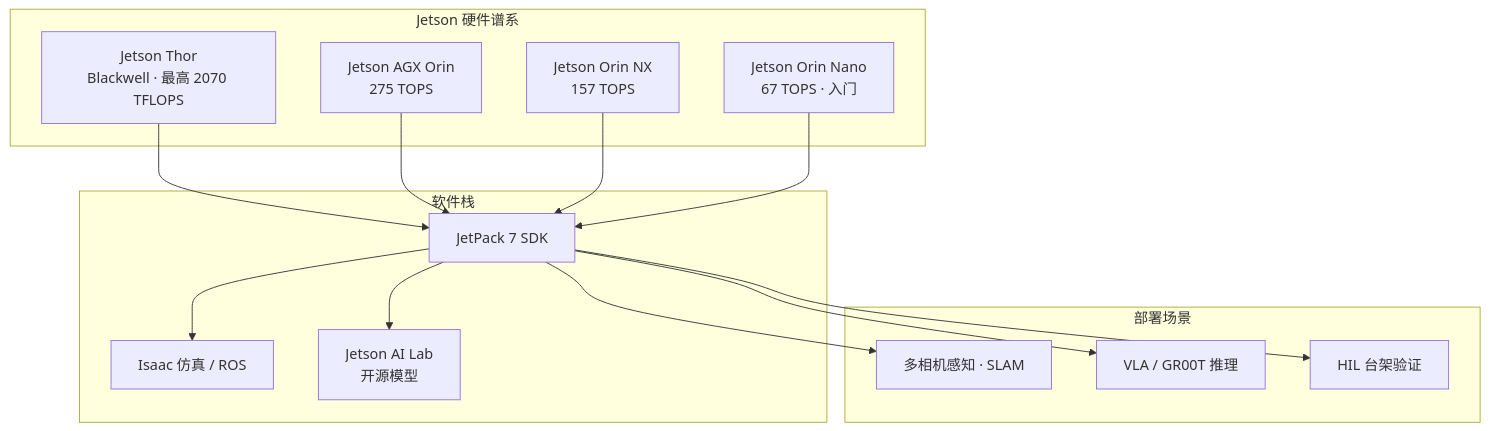
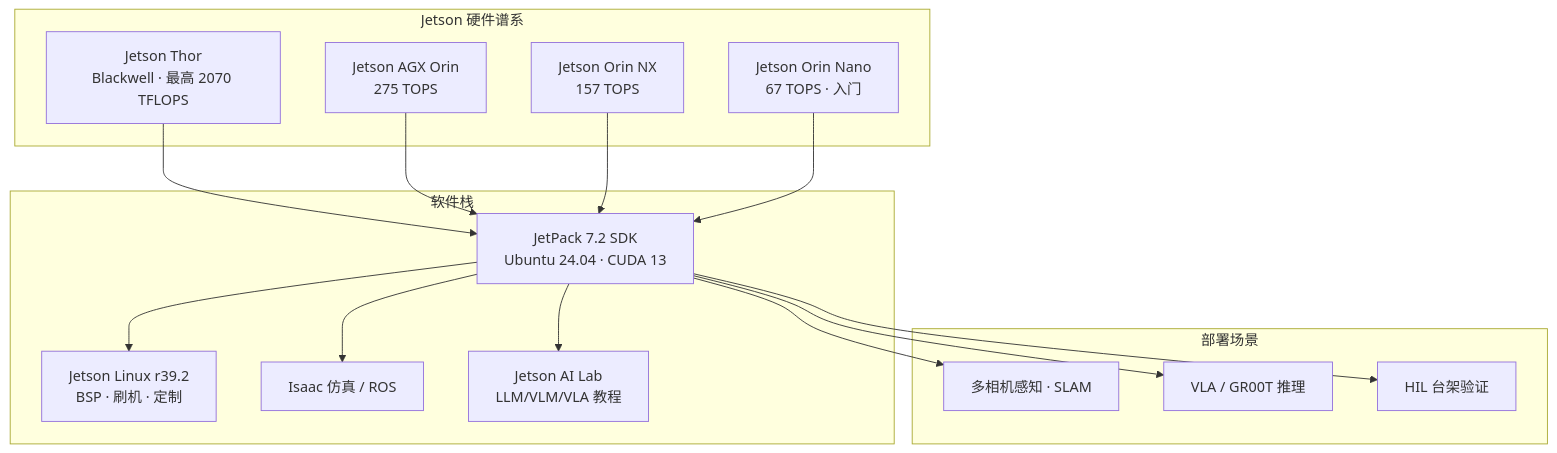
The diagram in wiki/entities/nvidia-jetson.md (ImChong/Robotics_Notebooks), drawn with Mermaid before and after one commit. The commit also changed other lines of this file and 14 other files, not shown here.

Commit message:
[2026-09-06] ingest | sources/sites/jetson-ai-lab.md — Jetson AI Lab 2.0 + JetPack 7.2 / L4T r39.2；新增 jetson-ai-lab 实体；交叉 nvidia-jetson / jetson-orin-nx

````diff
--- a/wiki/entities/nvidia-jetson.md
+++ b/wiki/entities/nvidia-jetson.md
@@ -50,28 +54,30 @@
 ```mermaid
 flowchart TB
   subgraph hw["Jetson 硬件谱系"]
     THOR["Jetson Thor<br/>Blackwell · 最高 2070 TFLOPS"]
     AGX["Jetson AGX Orin<br/>275 TOPS"]
     NX["Jetson Orin NX<br/>157 TOPS"]
     NANO["Jetson Orin Nano<br/>67 TOPS · 入门"]
   end
   subgraph sw["软件栈"]
-    JP["JetPack 7 SDK"]
+    JP["JetPack 7.2 SDK<br/>Ubuntu 24.04 · CUDA 13"]
+    DG["Jetson Linux r39.2<br/>BSP · 刷机 · 定制"]
     ISAAC["Isaac 仿真 / ROS"]
-    LAB["Jetson AI Lab<br/>开源模型"]
+    LAB["Jetson AI Lab<br/>LLM/VLM/VLA 教程"]
   end
   subgraph deploy["部署场景"]
     PER["多相机感知 · SLAM"]
     VLA["VLA / GR00T 推理"]
     HIL["HIL 台架验证"]
   end
   THOR --> JP
   AGX --> JP
   NX --> JP
   NANO --> JP
+  JP --> DG
   JP --> ISAAC
   JP --> LAB
   JP --> PER
   JP --> VLA
   JP --> HIL
 ```
````
